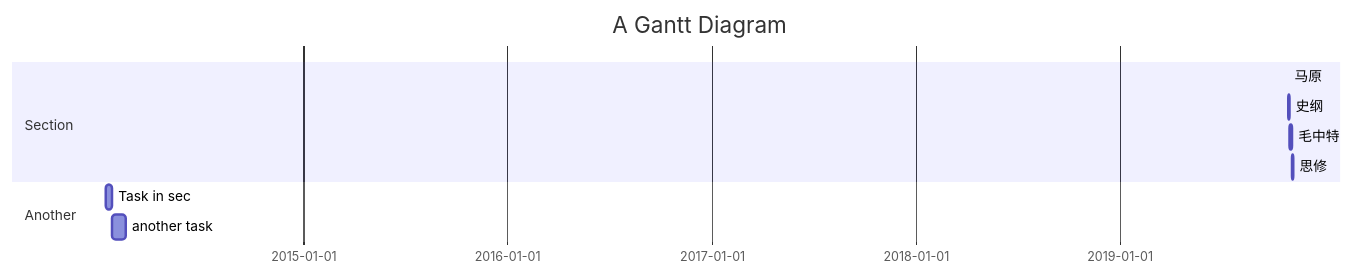
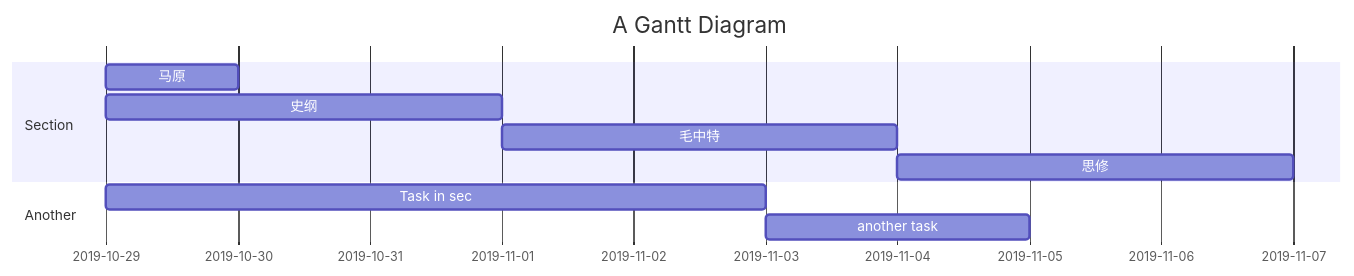
The diagram in plan.md (ZhangMingShuo/ZhangMingShuo.github.io), drawn with Mermaid before and after one commit.

````diff
--- a/plan.md
+++ b/plan.md
@@ -2,13 +2,13 @@
 ```mermaid,autorun
   gantt
     title A Gantt Diagram
     dateFormat  YYYY-MM-DD
     section Section
     马原           :a1, 2019-10-29, 1d
     史纲     :a2, 2019-10-29  , 3d
     毛中特 : a3,after a2,3d
     思修 :a4,after a3,3d  
     section Another
-    Task in sec      :2014-01-12  , 12d
-    another task      : 24d
+    Task in sec      :2019-10-29  , 5d
+    another task      : 2d
 ```
````
